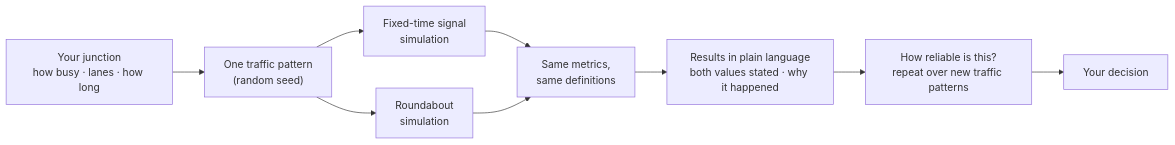
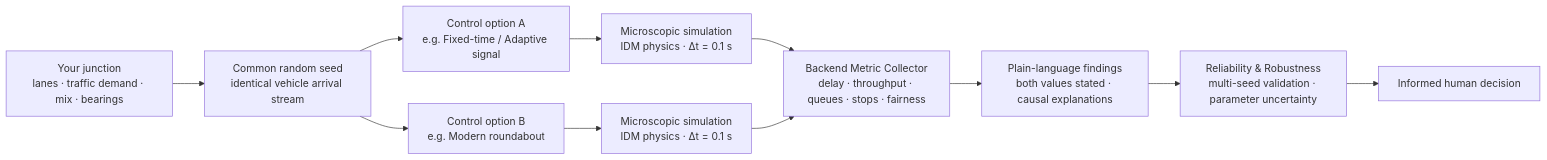
The first of 4 diagrams in README.md (Viraj281105/Traffic-Simulation), drawn with Mermaid before and after one commit. The commit also changed other lines of this file and 7 other files, not shown here.

Commit message:
docs: add comprehensive documentation and architectural readmes for frontend, shared layer, and system architecture

````diff
--- a/README.md
+++ b/README.md
@@ -36,11 +37,13 @@
 ```mermaid
 flowchart LR
-    Q["Your junction<br/>how busy · lanes · how long"] --> SEED["One traffic pattern<br/>(random seed)"]
-    SEED --> SIG["Fixed-time signal<br/>simulation"]
-    SEED --> RBT["Roundabout<br/>simulation"]
-    SIG --> M["Same metrics,<br/>same definitions"]
-    RBT --> M
-    M --> R["Results in plain language<br/>both values stated · why it happened"]
-    R --> REL["How reliable is this?<br/>repeat over new traffic patterns"]
-    REL --> YOU["Your decision"]
+    SCN["Your junction<br/>lanes · traffic demand · mix · bearings"] --> SEED["Common random seed<br/>identical vehicle arrival stream"]
+    SEED --> CTRL_A["Control option A<br/>e.g. Fixed-time / Adaptive signal"]
+    SEED --> CTRL_B["Control option B<br/>e.g. Modern roundabout"]
+    CTRL_A --> SIM_A["Microscopic simulation<br/>IDM physics · Δt = 0.1 s"]
+    CTRL_B --> SIM_B["Microscopic simulation<br/>IDM physics · Δt = 0.1 s"]
+    SIM_A --> METRICS["Backend Metric Collector<br/>delay · throughput · queues · stops · fairness"]
+    SIM_B --> METRICS
+    METRICS --> PLAIN["Plain-language findings<br/>both values stated · causal explanations"]
+    PLAIN --> STATS["Reliability & Robustness<br/>multi-seed validation · parameter uncertainty"]
+    STATS --> HUMAN["Informed human decision"]
 ```
````
